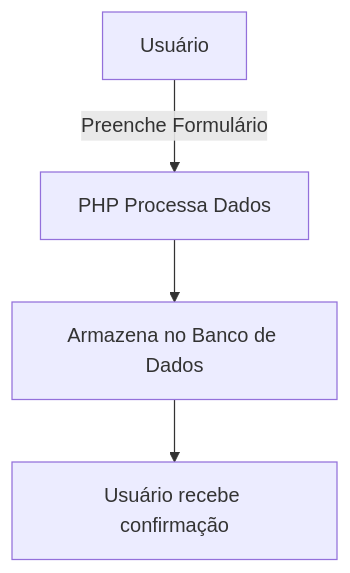
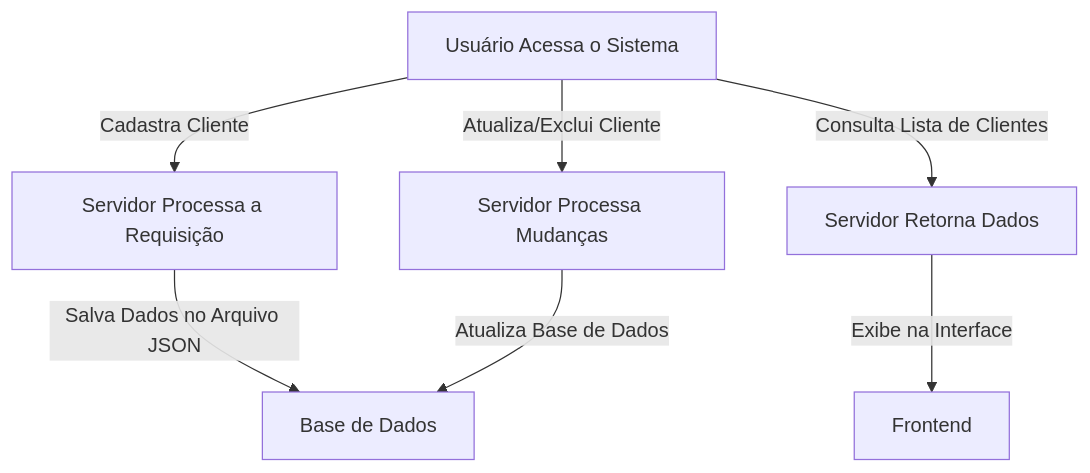
One commit to nickvgs/aula-git-github changed the diagram in README.md. Above: the diagram before and after it, drawn with Mermaid. The commit also changed other lines of this file, not shown here.

````diff
--- a/README.md
+++ b/README.md
@@ -5,7 +50,9 @@
 ```mermaid
 graph TD;
-    A[Usuário] -->|Preenche Formulário| B[PHP Processa Dados];
-    B --> C[Armazena no Banco de Dados];
-    C --> D[Usuário recebe confirmação];
-
+    A[Usuário Acessa o Sistema] -->|Cadastra Cliente| B[Servidor Processa a Requisição];
+    B -->|Salva Dados no Arquivo JSON| C[Base de Dados];
+    A -->|Consulta Lista de Clientes| D[Servidor Retorna Dados];
+    D -->|Exibe na Interface| E[Frontend];
+    A -->|Atualiza/Exclui Cliente| F[Servidor Processa Mudanças];
+    F -->|Atualiza Base de Dados| C;
 ```
````
